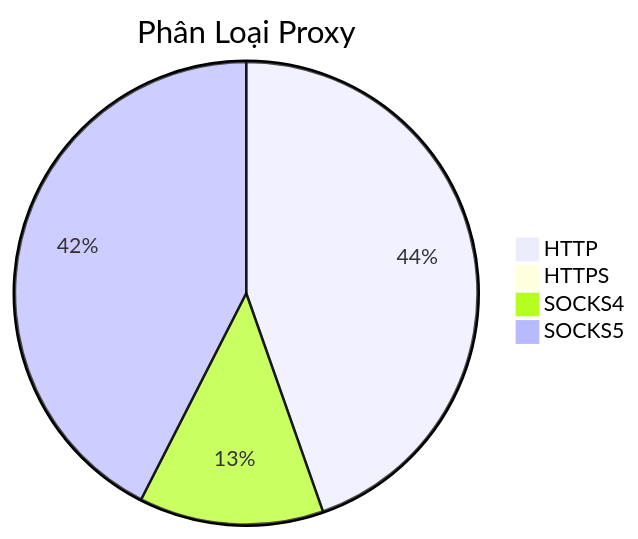
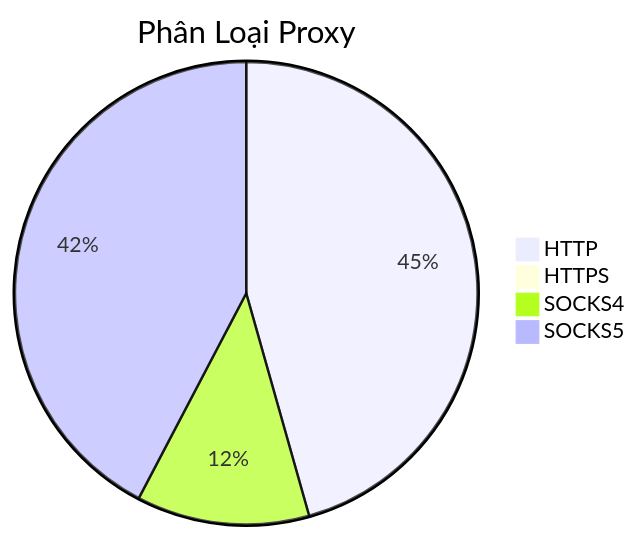
The diagram in README.md (Ciara-Aa/PROXY-free), drawn with Mermaid before and after one commit. The commit also changed other lines of this file and 4 other files, not shown here.

````diff
--- a/README.md
+++ b/README.md
@@ -26,7 +26,7 @@
 ```mermaid
 pie title Phân Loại Proxy
-    "HTTP" : 336
+    "HTTP" : 359
     "HTTPS" : 4
-    "SOCKS4" : 97
-    "SOCKS5" : 320
+    "SOCKS4" : 95
+    "SOCKS5" : 333
 ```
````
